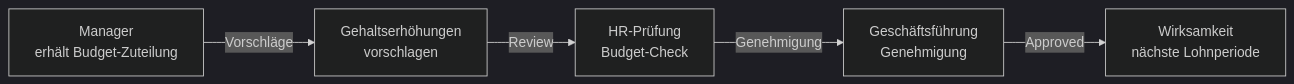
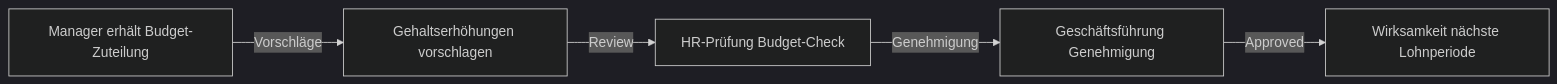
The fifth of 6 diagrams in Microsoft 365/Dynamics 365/Dynamics 365 HR.md (SoniiiT/notes-n-docs), drawn with Mermaid (dark theme) before and after one commit. The commit also changed other lines of this file and 124 other files, not shown here.

First line of the commit message:
fix: Entferne \n aus allen Mermaid-Diagrammen (125 Dateien)

````diff
--- a/Microsoft 365/Dynamics 365/Dynamics 365 HR.md
+++ b/Microsoft 365/Dynamics 365/Dynamics 365 HR.md
@@ -181,7 +181,7 @@
 ```mermaid
 graph LR
-    MAN2[Manager\nerhält Budget-Zuteilung] -->|Vorschläge| PROP[Gehaltserhöhungen\nvorschlagen]
-    PROP -->|Review| HR2[HR-Prüfung\nBudget-Check]
-    HR2 -->|Genehmigung| CFO[Geschäftsführung\nGenehmigung]
-    CFO -->|Approved| EFFECT2[Wirksamkeit\nnächste Lohnperiode]
+    MAN2[Manager erhält Budget-Zuteilung] -->|Vorschläge| PROP[Gehaltserhöhungen vorschlagen]
+    PROP -->|Review| HR2[HR-Prüfung Budget-Check]
+    HR2 -->|Genehmigung| CFO[Geschäftsführung Genehmigung]
+    CFO -->|Approved| EFFECT2[Wirksamkeit nächste Lohnperiode]
 ```
````
